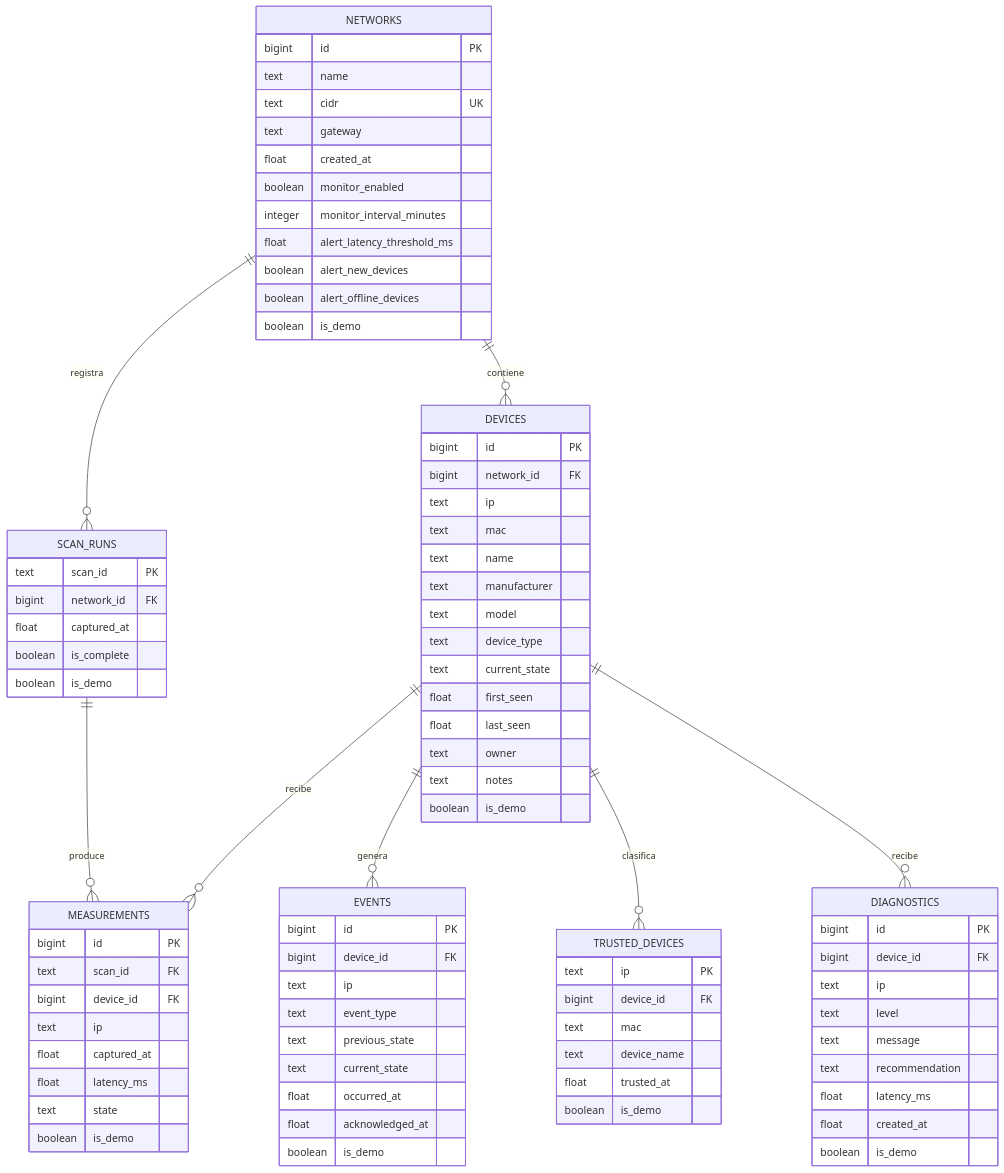
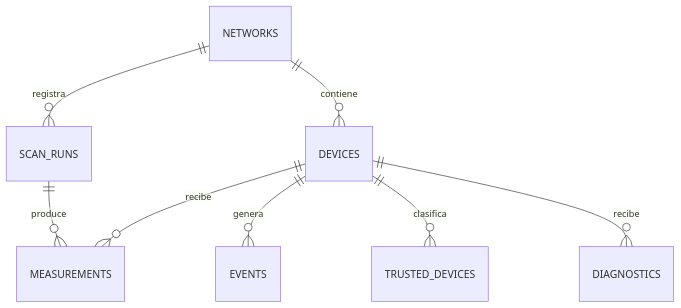
The diagram in Docs/Modelo_Entidad_Relacion.md (leoutin13-crypto/GearEye), drawn with Mermaid before and after one commit. The commit also changed other lines of this file and 2 other files, not shown here.

````diff
--- a/Docs/Modelo_Entidad_Relacion.md
+++ b/Docs/Modelo_Entidad_Relacion.md
@@ -11,81 +30,4 @@
     DEVICES ||--o{ EVENTS : genera
     DEVICES ||--o{ TRUSTED_DEVICES : clasifica
     DEVICES ||--o{ DIAGNOSTICS : recibe
-
-    NETWORKS {
-        bigint id PK
-        text name
-        text cidr UK
-        text gateway
-        float created_at
-        boolean monitor_enabled
-        integer monitor_interval_minutes
-        float alert_latency_threshold_ms
-        boolean alert_new_devices
-        boolean alert_offline_devices
-        boolean is_demo
-    }
-    DEVICES {
-        bigint id PK
-        bigint network_id FK
-        text ip
-        text mac
-        text name
-        text manufacturer
-        text model
-        text device_type
-        text current_state
-        float first_seen
-        float last_seen
-        text owner
-        text notes
-        boolean is_demo
-    }
-    SCAN_RUNS {
-        text scan_id PK
-        bigint network_id FK
-        float captured_at
-        boolean is_complete
-        boolean is_demo
-    }
-    MEASUREMENTS {
-        bigint id PK
-        text scan_id FK
-        bigint device_id FK
-        text ip
-        float captured_at
-        float latency_ms
-        text state
-        boolean is_demo
-    }
-    EVENTS {
-        bigint id PK
-        bigint device_id FK
-        text ip
-        text event_type
-        text previous_state
-        text current_state
-        float occurred_at
-        float acknowledged_at
-        boolean is_demo
-    }
-    TRUSTED_DEVICES {
-        text ip PK
-        bigint device_id FK
-        text mac
-        text device_name
-        float trusted_at
-        boolean is_demo
-    }
-    DIAGNOSTICS {
-        bigint id PK
-        bigint device_id FK
-        text ip
-        text level
-        text message
-        text recommendation
-        float latency_ms
-        float created_at
-        boolean is_demo
-    }
 ```
````
